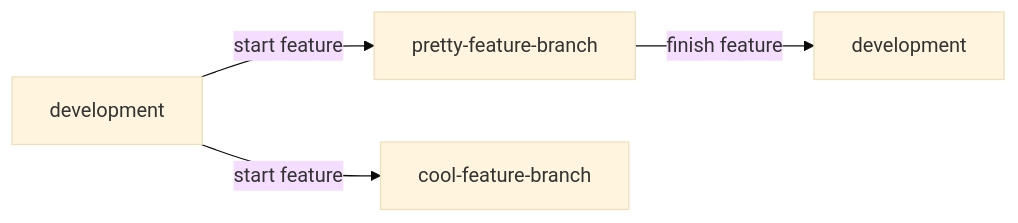
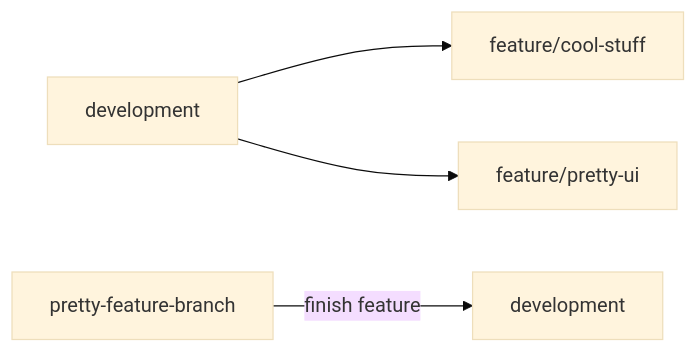
Before and after one commit to hasparus/software-engineering-class: the diagram in testy/plan_zarządzania_jakością_produktu.md, drawn with Mermaid (base theme). The commit also changed other lines of this file, not shown here.

Commit message:
Uploaded by https://stackedit.io/

````diff
--- a/testy/plan_zarządzania_jakością_produktu.md
+++ b/testy/plan_zarządzania_jakością_produktu.md
@@ -19,8 +19,8 @@
 ```mermaid
 graph LR;
-	d#1[development]--start feature-->pretty-feature-branch;
-	d#1[development]--start feature-->cool-feature-branch;
+	d#1[development]-->feature/cool-stuff;
+	d#1[development]-->feature/pretty-ui;
 	pretty-feature-branch--finish feature-->d#2[development];
 	
 	
 ```
````
